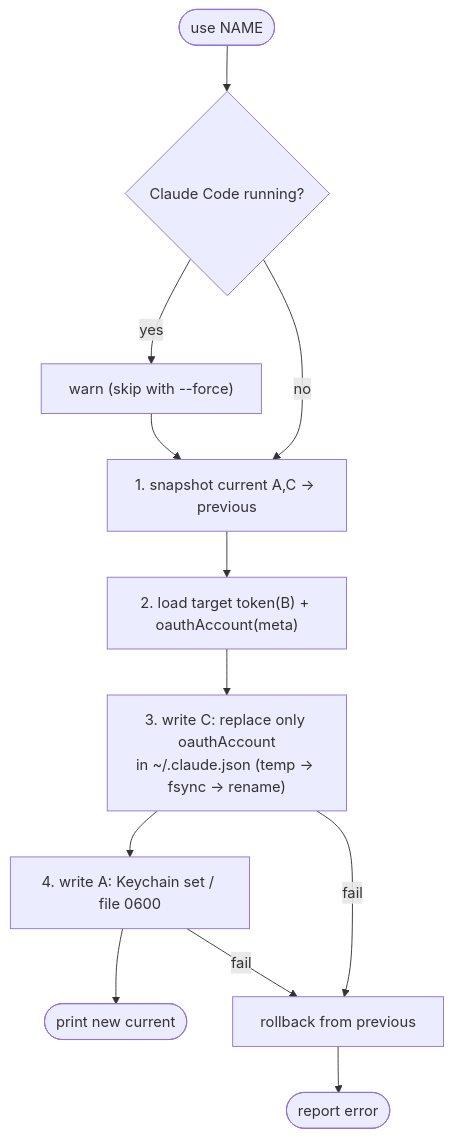
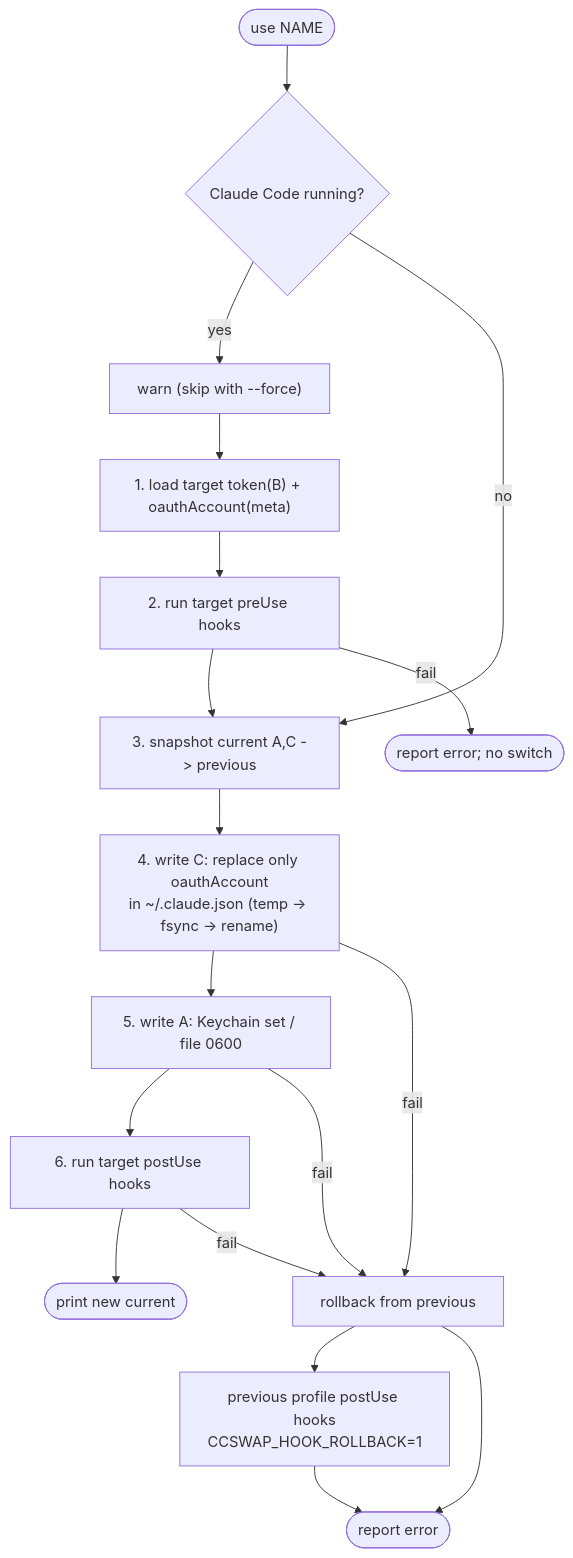
The second of 2 diagrams in docs/DESIGN.md (paveg/ccswap), drawn with Mermaid before and after one commit. The commit also changed other lines of this file and 6 other files, not shown here.

````diff
--- a/docs/DESIGN.md
+++ b/docs/DESIGN.md
@@ -140,14 +212,20 @@
 ```mermaid
 flowchart TD
   S([use NAME]) --> W{Claude Code running?}
   W -->|yes| warn["warn (skip with --force)"]
   W -->|no| snap
-  warn --> snap["1. snapshot current A,C -> previous"]
-  snap --> load["2. load target token(B) + oauthAccount(meta)"]
-  load --> wc["3. write C: replace only oauthAccount<br/>in ~/.claude.json (temp -> fsync -> rename)"]
-  wc --> wa["4. write A: Keychain set / file 0600"]
-  wa --> done([print new current])
+  warn --> load["1. load target token(B) + oauthAccount(meta)"]
+  load --> pre["2. run target preUse hooks"]
+  pre --> snap["3. snapshot current A,C -> previous"]
+  snap --> wc["4. write C: replace only oauthAccount<br/>in ~/.claude.json (temp -> fsync -> rename)"]
+  wc --> wa["5. write A: Keychain set / file 0600"]
+  wa --> post["6. run target postUse hooks"]
+  post --> done([print new current])
+  pre -->|fail| errpre([report error; no switch])
   wc -->|fail| rb["rollback from previous"]
   wa -->|fail| rb
+  post -->|fail| rb
+  rb --> rbpost["previous profile postUse hooks<br/>CCSWAP_HOOK_ROLLBACK=1"]
+  rbpost --> err
   rb --> err([report error])
 ```
````
